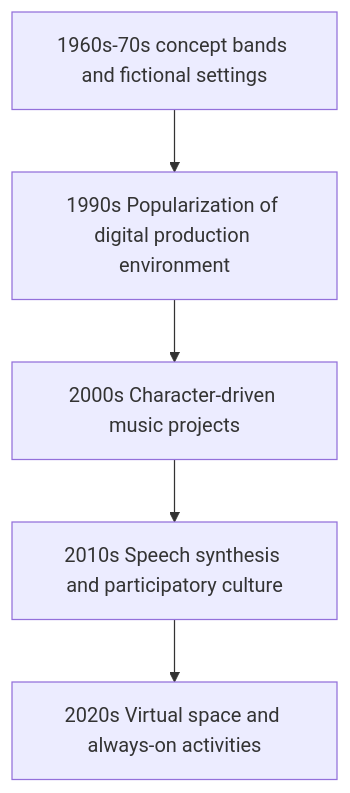
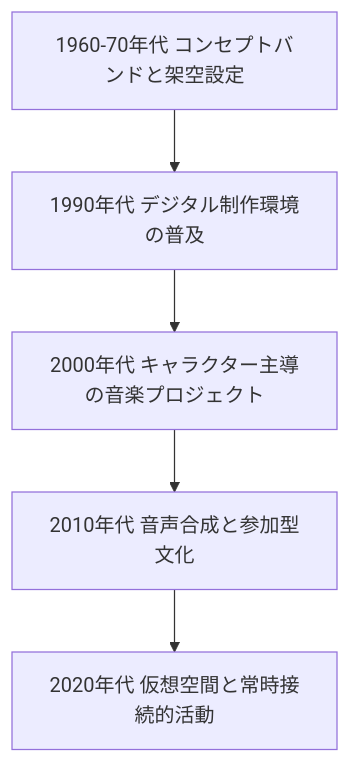
One commit to monumental-movement/monumental-movement.github.io changed the first of 2 diagrams in en/_posts/2026-01-31-column-virtual-band.md. Above: the diagram before and after it, drawn with Mermaid. The commit also changed other lines of this file and 2196 other files, not shown here.

```diff
--- a/en/_posts/2026-01-31-column-virtual-band.md
+++ b/en/_posts/2026-01-31-column-virtual-band.md
@@ -151,7 +150,7 @@
 <div class="mermaid">
 flowchart TB
-A[1960s-70s concept bands and fictional settings] --> B[1990s Popularization of digital production environment]
-B --> C[2000s Character-driven music projects]
-C --> D[2010s Speech synthesis and participatory culture]
-D --> E[2020s Virtual space and always-on activities]
+A[1960-70年代 コンセプトバンドと架空設定] --> B[1990年代 デジタル制作環境の普及]
+B --> C[2000年代 キャラクター主導の音楽プロジェクト]
+C --> D[2010年代 音声合成と参加型文化]
+D --> E[2020年代 仮想空間と常時接続的活動]
 </div>
```
